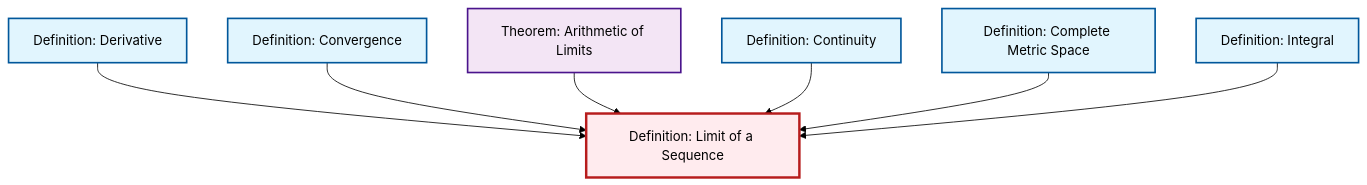
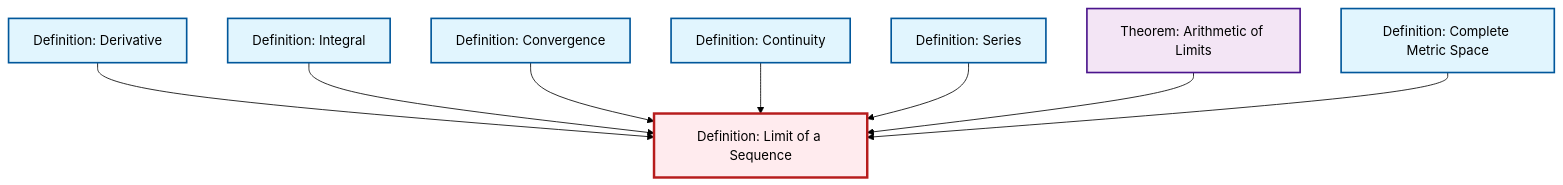
Before and after one commit to RK0429/ModernMath: the diagram in content/en/analysis/def-limit.qmd, drawn with Mermaid (forest theme). The commit also changed 474 other files, not shown here.

````diff
--- a/content/en/analysis/def-limit.qmd
+++ b/content/en/analysis/def-limit.qmd
@@ -48,29 +48,32 @@
 ```{mermaid}
 %%| fig-cap: "Local dependency graph"
 graph TD
     classDef definition fill:#e1f5fe,stroke:#01579b,stroke-width:2px
     classDef theorem fill:#f3e5f5,stroke:#4a148c,stroke-width:2px
     classDef axiom fill:#fff3e0,stroke:#e65100,stroke-width:2px
     classDef example fill:#e8f5e9,stroke:#1b5e20,stroke-width:2px
     classDef current fill:#ffebee,stroke:#b71c1c,stroke-width:3px
+    def-series["Definition: Series"]:::definition
+    def-complete-metric-space["Definition: Complete Metric Space"]:::definition
+    def-limit["Definition: Limit of a Sequence"]:::definition
+    def-continuity["Definition: Continuity"]:::definition
+    def-convergence["Definition: Convergence"]:::definition
+    def-derivative["Definition: Derivative"]:::definition
     def-integral["Definition: Integral"]:::definition
-    def-convergence["Definition: Convergence"]:::definition
-    def-complete-metric-space["Definition: Complete Metric Space"]:::definition
-    def-derivative["Definition: Derivative"]:::definition
-    def-continuity["Definition: Continuity"]:::definition
     thm-limit-arithmetic["Theorem: Arithmetic of Limits"]:::theorem
-    def-limit["Definition: Limit of a Sequence"]:::definition
     def-derivative --> def-limit
+    def-integral --> def-limit
     def-convergence --> def-limit
+    def-continuity --> def-limit
+    def-series --> def-limit
     thm-limit-arithmetic --> def-limit
-    def-continuity --> def-limit
     def-complete-metric-space --> def-limit
-    def-integral --> def-limit
     class def-limit current
+    click def-series "def-series.html" "Go to Series definition"
+    click def-complete-metric-space "def-complete-metric-space.html" "Go to Complete Metric Space definition"
+    click def-continuity "def-continuity.html" "Go to Continuity definition"
+    click def-convergence "def-convergence.html" "Go to Convergence definition"
+    click def-derivative "def-derivative.html" "Go to Derivative definition"
     click def-integral "def-integral.html" "Go to Integral definition"
-    click def-convergence "def-convergence.html" "Go to Convergence definition"
-    click def-complete-metric-space "def-complete-metric-space.html" "Go to Complete Metric Space definition"
-    click def-derivative "def-derivative.html" "Go to Derivative definition"
-    click def-continuity "def-continuity.html" "Go to Continuity definition"
     click thm-limit-arithmetic "thm-limit-arithmetic.html" "Go to Arithmetic of Limits theorem"
 ```
````
